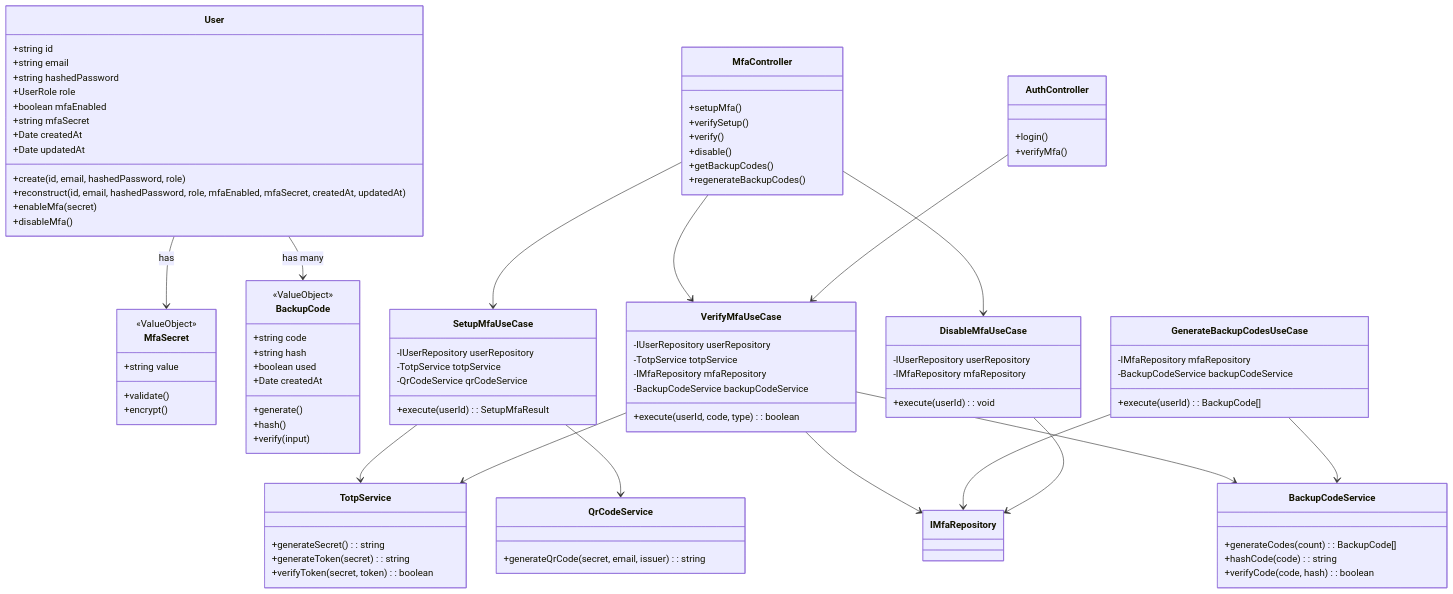
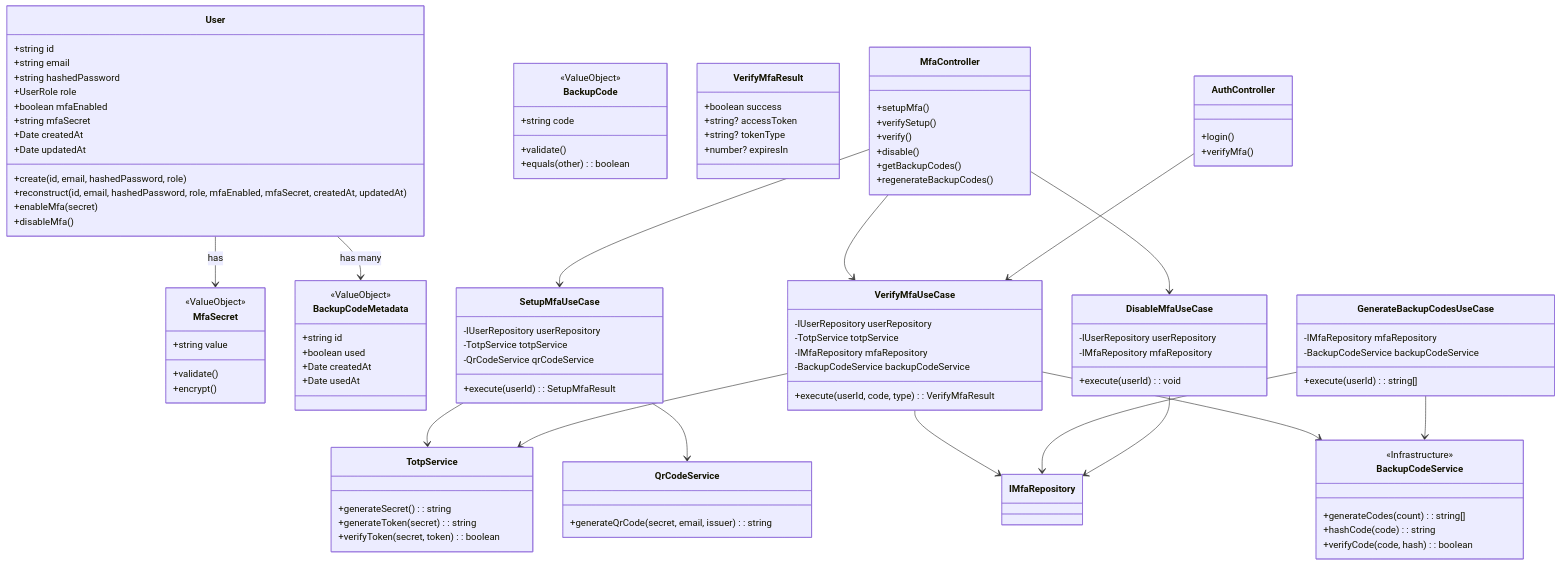
One commit to kencom2400/MrWebDefence-Console changed the first of 3 diagrams in docs/detailed-design/MWD-30_mfa-implementation/class-diagrams.md. Above: the diagram before and after it, drawn with Mermaid. The commit also changed 3 other files, not shown here.

```diff
--- a/docs/detailed-design/MWD-30_mfa-implementation/class-diagrams.md
+++ b/docs/detailed-design/MWD-30_mfa-implementation/class-diagrams.md
@@ -29,12 +29,16 @@
     class BackupCode {
         <<ValueObject>>
         +string code
-        +string hash
+        +validate()
+        +equals(other): boolean
+    }
+    
+    class BackupCodeMetadata {
+        <<ValueObject>>
+        +string id
         +boolean used
         +Date createdAt
-        +generate()
-        +hash()
-        +verify(input)
+        +Date usedAt
     }
 
     class SetupMfaUseCase {
@@ -49,13 +53,20 @@
         -TotpService totpService
         -IMfaRepository mfaRepository
         -BackupCodeService backupCodeService
-        +execute(userId, code, type): boolean
+        +execute(userId, code, type): VerifyMfaResult
+    }
+    
+    class VerifyMfaResult {
+        +boolean success
+        +string? accessToken
+        +string? tokenType
+        +number? expiresIn
     }
 
     class GenerateBackupCodesUseCase {
         -IMfaRepository mfaRepository
         -BackupCodeService backupCodeService
-        +execute(userId): BackupCode[]
+        +execute(userId): string[]
     }
 
     class DisableMfaUseCase {
@@ -75,7 +86,8 @@
     }
 
     class BackupCodeService {
-        +generateCodes(count): BackupCode[]
+        <<Infrastructure>>
+        +generateCodes(count): string[]
         +hashCode(code): string
         +verifyCode(code, hash): boolean
     }
@@ -95,7 +107,7 @@
     }
 
     User --> MfaSecret : has
-    User --> BackupCode : has many
+    User --> BackupCodeMetadata : has many
     SetupMfaUseCase --> TotpService
     SetupMfaUseCase --> QrCodeService
     VerifyMfaUseCase --> TotpService
```
